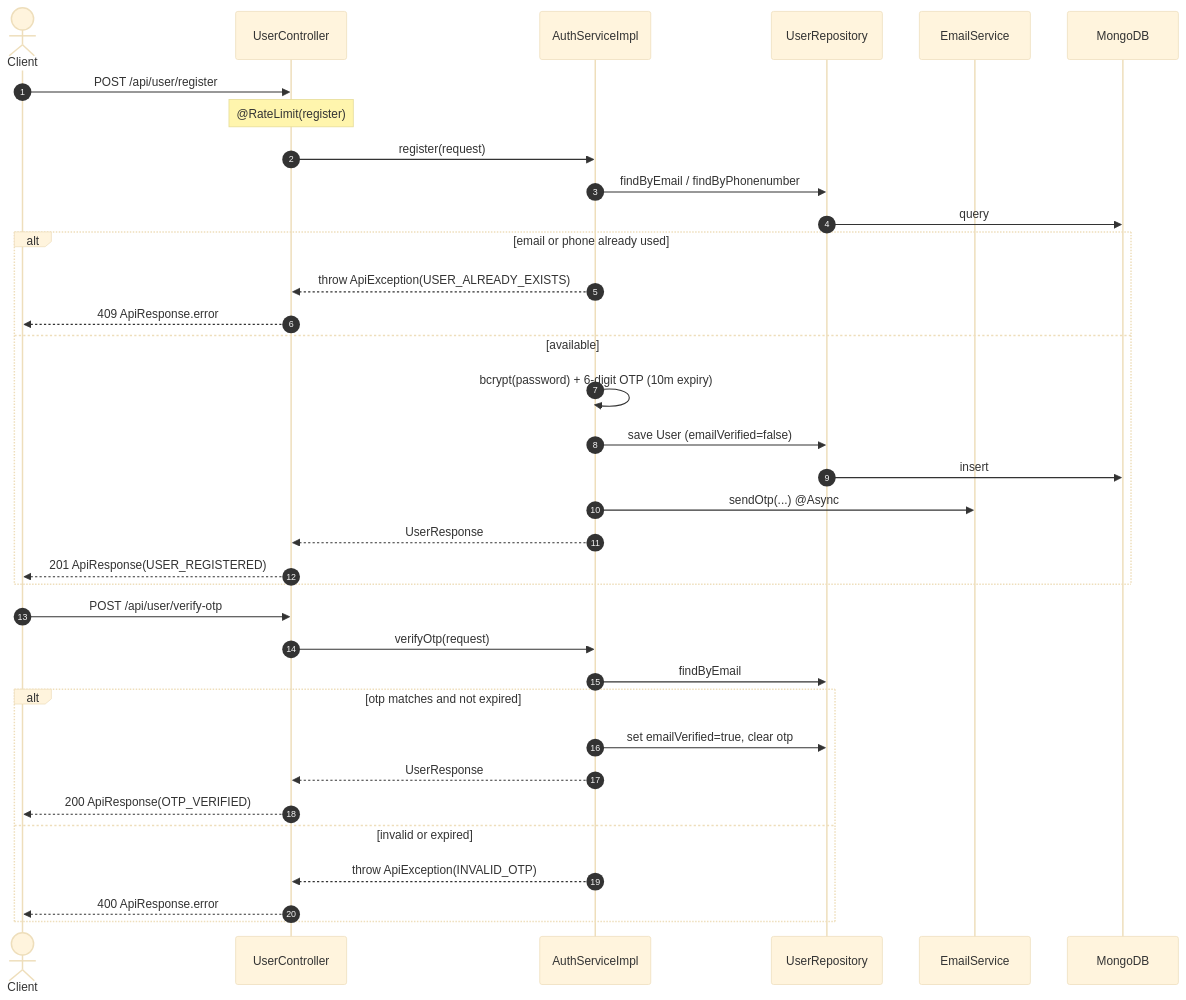
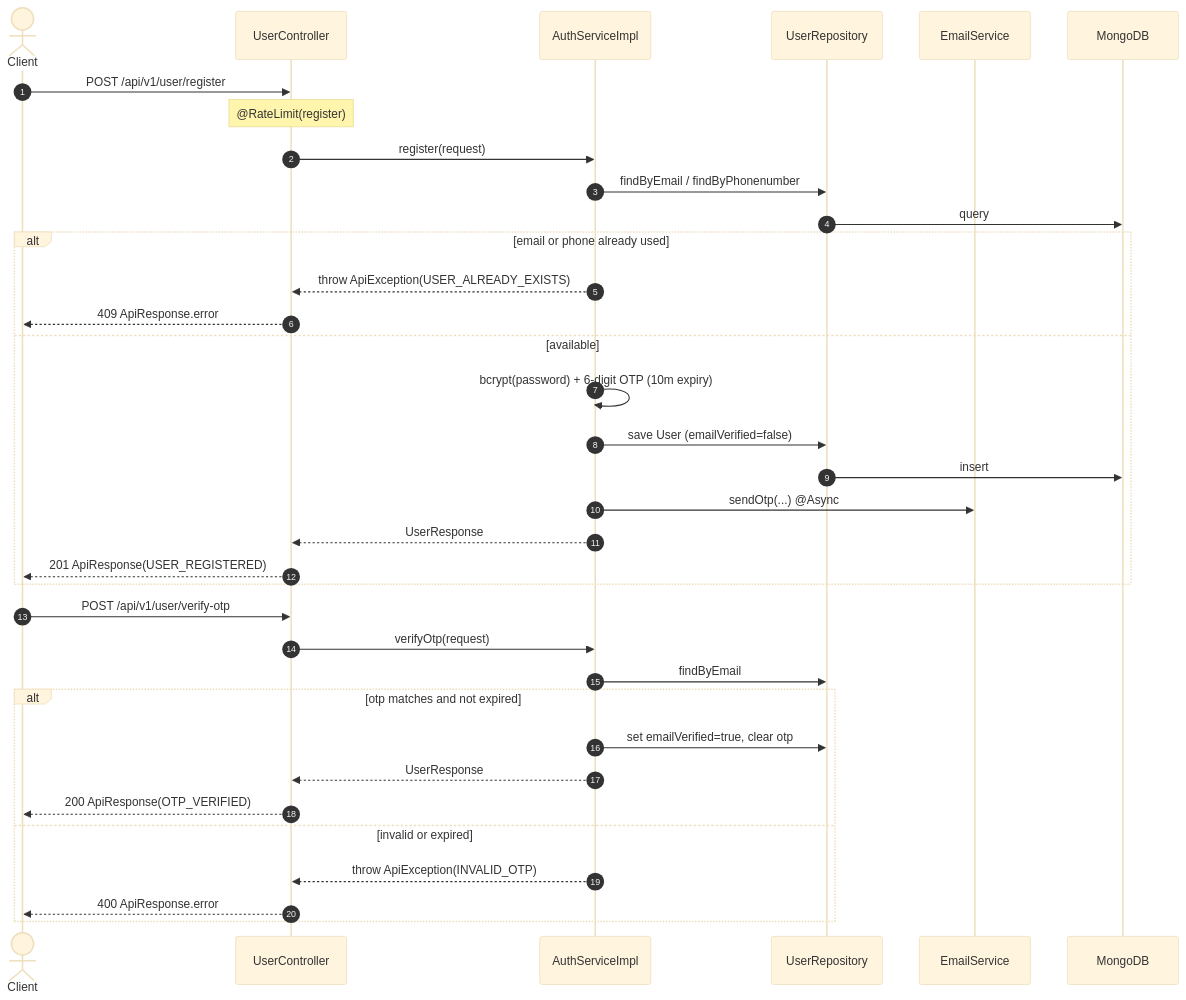
The second of 7 diagrams in ARCHITECTURE.md (aman-q/spiring_car_hub-), drawn with Mermaid (base theme) before and after one commit. The commit also changed other lines of this file and 34 other files, not shown here.

````diff
--- a/ARCHITECTURE.md
+++ b/ARCHITECTURE.md
@@ -190,39 +190,39 @@
 ```mermaid
 sequenceDiagram
     autonumber
     actor C as Client
     participant UC as UserController
     participant AS as AuthServiceImpl
     participant UR as UserRepository
     participant ES as EmailService
     participant DB as MongoDB
 
-    C->>UC: POST /api/user/register
+    C->>UC: POST /api/v1/user/register
     Note over UC: @RateLimit(register)
     UC->>AS: register(request)
     AS->>UR: findByEmail / findByPhonenumber
     UR->>DB: query
     alt email or phone already used
         AS-->>UC: throw ApiException(USER_ALREADY_EXISTS)
         UC-->>C: 409 ApiResponse.error
     else available
         AS->>AS: bcrypt(password) + 6-digit OTP (10m expiry)
         AS->>UR: save User (emailVerified=false)
         UR->>DB: insert
         AS->>ES: sendOtp(...) @Async
         AS-->>UC: UserResponse
         UC-->>C: 201 ApiResponse(USER_REGISTERED)
     end
 
-    C->>UC: POST /api/user/verify-otp
+    C->>UC: POST /api/v1/user/verify-otp
     UC->>AS: verifyOtp(request)
     AS->>UR: findByEmail
     alt otp matches and not expired
         AS->>UR: set emailVerified=true, clear otp
         AS-->>UC: UserResponse
         UC-->>C: 200 ApiResponse(OTP_VERIFIED)
     else invalid or expired
         AS-->>UC: throw ApiException(INVALID_OTP)
         UC-->>C: 400 ApiResponse.error
     end
 ```
````
